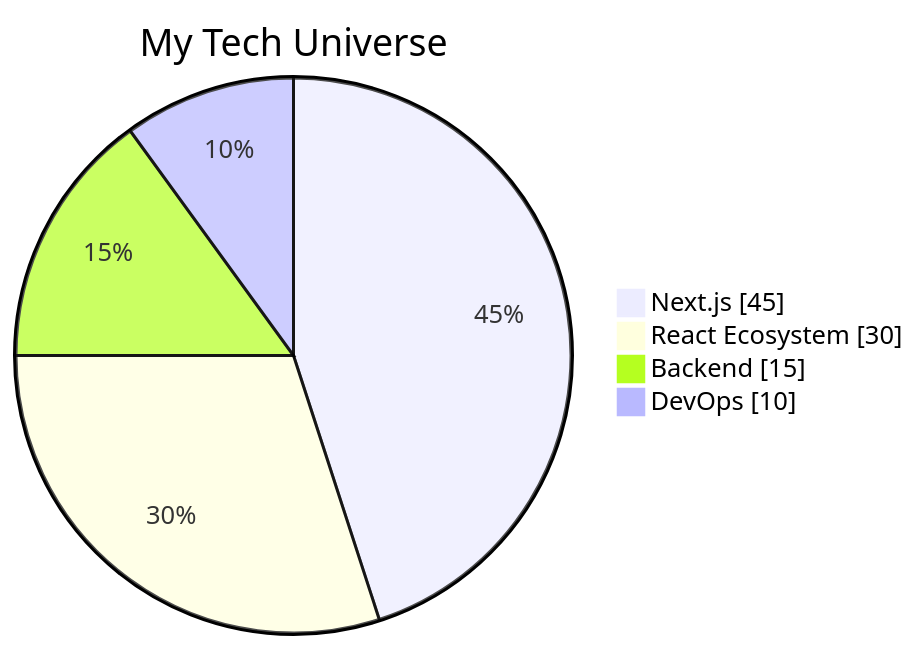
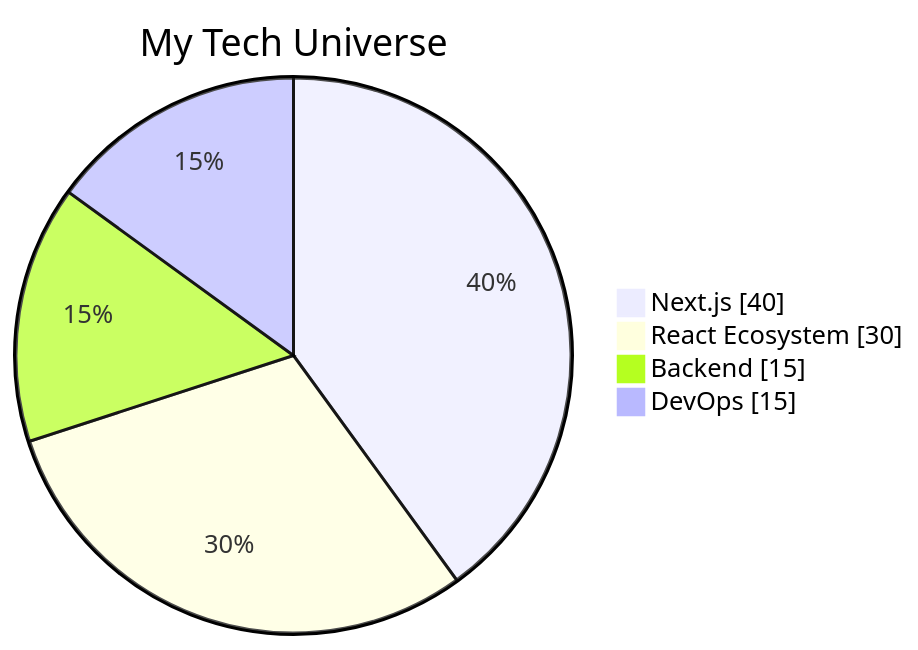
The diagram in README.md (siyamregn777/siyamregn777), drawn with Mermaid before and after one commit.

````diff
--- a/README.md
+++ b/README.md
@@ -41,8 +41,8 @@
 ```mermaid
 pie showData
     title My Tech Universe
-    "Next.js" : 45
+    "Next.js" : 40
     "React Ecosystem" : 30
     "Backend" : 15
-    "DevOps" : 10
+    "DevOps" : 15
 ```
````
